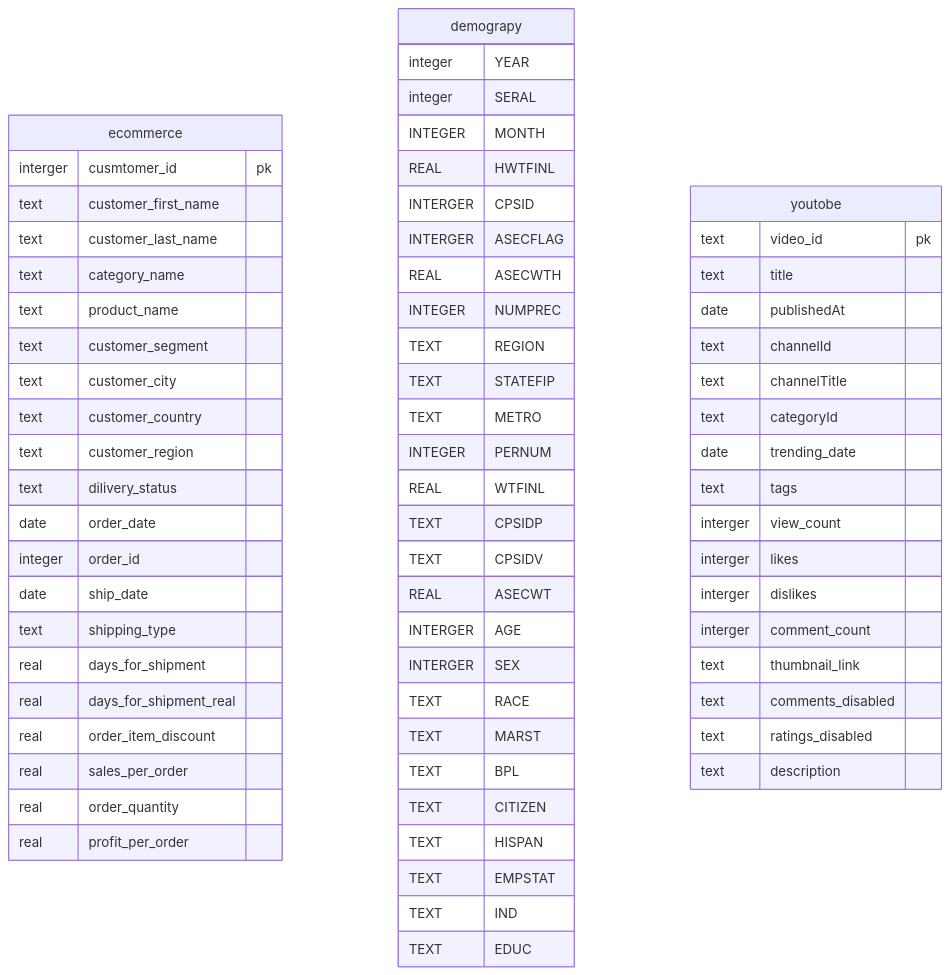
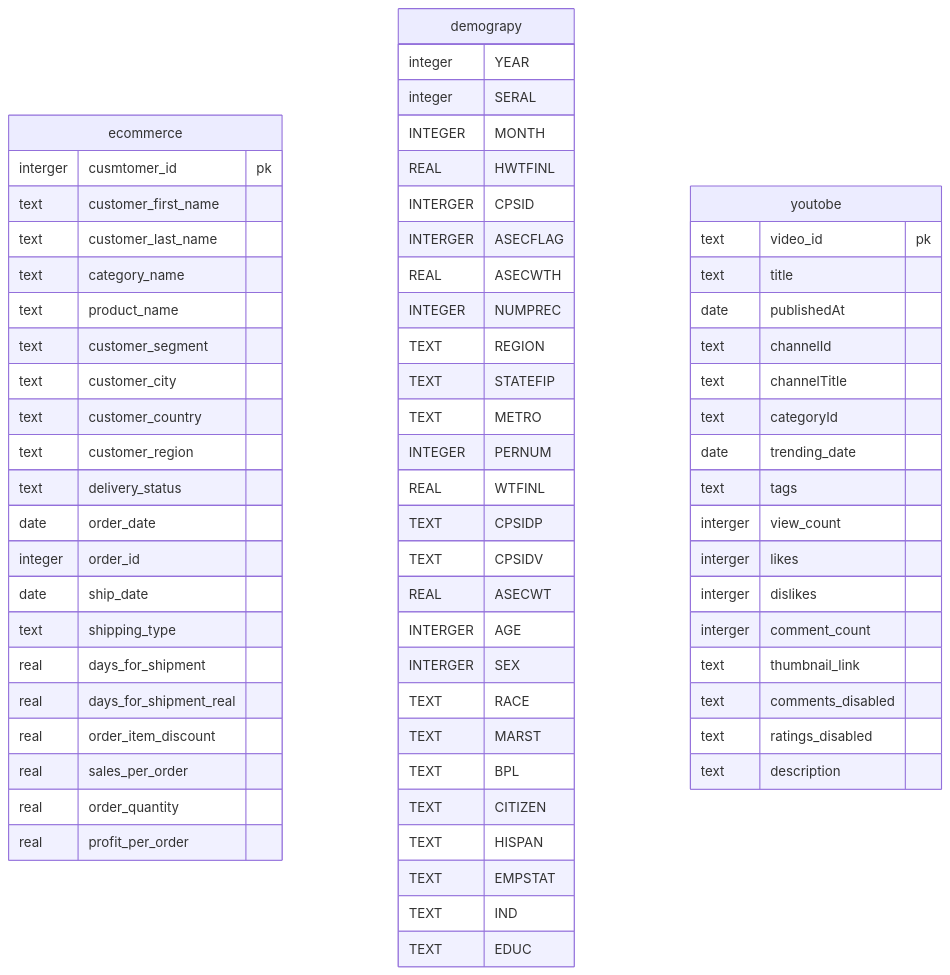
The diagram in ERD/orginal.mmd (gxcuimax/BUSINFO702-2025Q3-Project-group-1), drawn with Mermaid before and after one commit. The commit also changed 2 other files, not shown here.

Commit message:
starschema

```diff
--- a/ERD/orginal.mmd
+++ b/ERD/orginal.mmd
@@ -1,71 +1,71 @@
 erDiagram
     ecommerce{
         interger cusmtomer_id pk
         text customer_first_name
         text customer_last_name
         text category_name
         text product_name
         text customer_segment
         text customer_city
         text customer_country
         text customer_region
-        text dilivery_status
+        text delivery_status
         date order_date
         integer order_id
         date ship_date
         text shipping_type
         real days_for_shipment
         real days_for_shipment_real
         real order_item_discount
         real sales_per_order
         real order_quantity
         real profit_per_order
     }
 
     demograpy{
         integer YEAR
         integer SERAL
         INTEGER MONTH
         REAL HWTFINL
         INTERGER CPSID
         INTERGER ASECFLAG
         REAL ASECWTH
         INTEGER NUMPREC
         TEXT REGION
         TEXT STATEFIP
         TEXT METRO
         INTEGER PERNUM
         REAL WTFINL
         TEXT CPSIDP
         TEXT CPSIDV
         REAL ASECWT
         INTERGER AGE
         INTERGER SEX
         TEXT RACE
         TEXT MARST
         TEXT BPL
         TEXT CITIZEN
         TEXT HISPAN
         TEXT EMPSTAT
         TEXT IND
         TEXT EDUC
     }
 
     youtobe{
         text video_id pk
         text title
         date publishedAt
         text channelId
         text channelTitle
         text categoryId
         date trending_date
         text tags
         interger view_count
         interger likes
         interger dislikes
         interger comment_count
         text thumbnail_link
         text comments_disabled
         text ratings_disabled
         text description
     }
```
